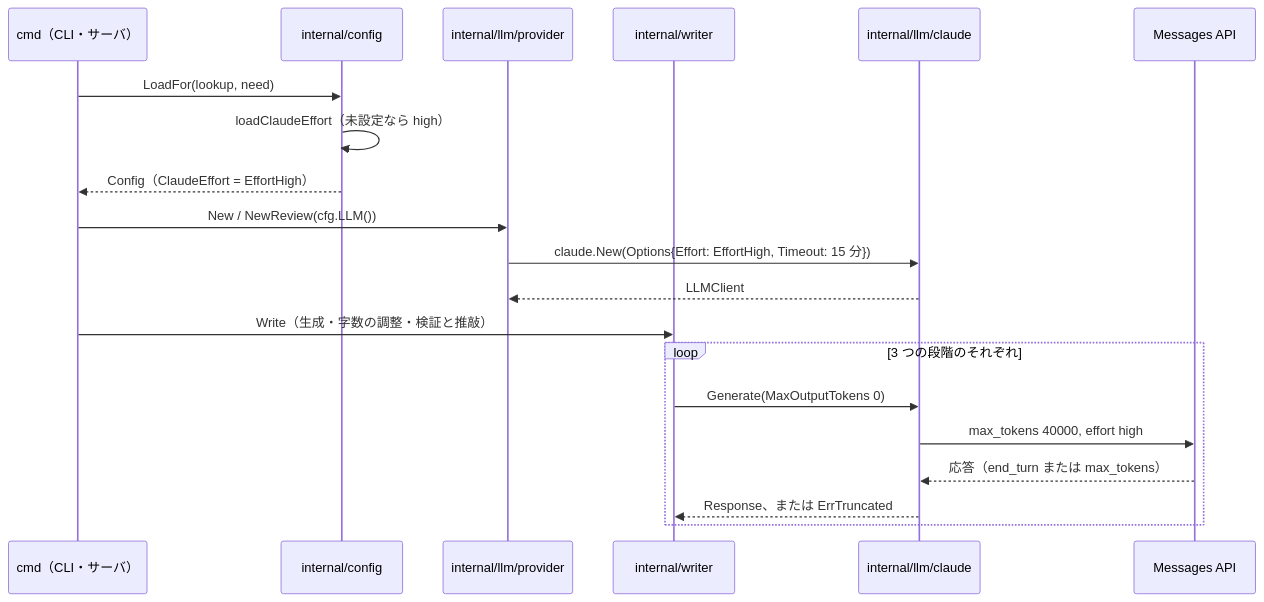
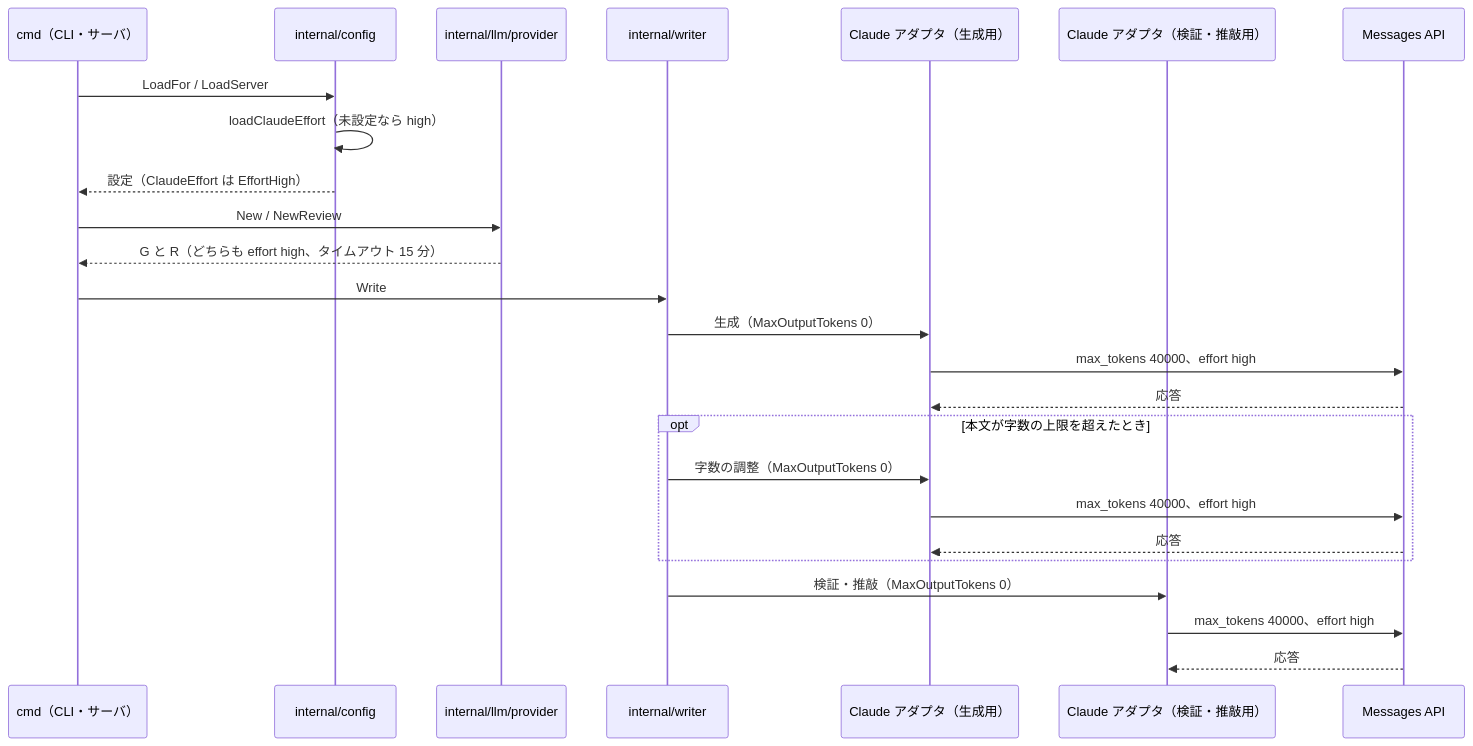
The fifth of 9 diagrams in docs/tasks/0041_claude_effort_max_tokens/02_architecture.md (isseis/yt2column), drawn with Mermaid before and after one commit. The commit also changed other lines of this file, not shown here.

First line of the commit message:
docs(0041): address the architecture panel review

````diff
--- a/docs/tasks/0041_claude_effort_max_tokens/02_architecture.md
+++ b/docs/tasks/0041_claude_effort_max_tokens/02_architecture.md
@@ -182,23 +202,28 @@
 ```mermaid
 sequenceDiagram
     participant M as cmd（CLI・サーバ）
     participant C as internal/config
     participant P as internal/llm/provider
     participant W as internal/writer
-    participant A as internal/llm/claude
+    participant G as Claude アダプタ（生成用）
+    participant R as Claude アダプタ（検証・推敲用）
     participant API as Messages API
 
-    M->>C: LoadFor(lookup, need)
+    M->>C: LoadFor / LoadServer
     C->>C: loadClaudeEffort（未設定なら high）
-    C-->>M: Config（ClaudeEffort = EffortHigh）
-    M->>P: New / NewReview(cfg.LLM())
-    P->>A: claude.New(Options{Effort: EffortHigh, Timeout: 15 分})
-    A-->>P: LLMClient
-    M->>W: Write（生成・字数の調整・検証と推敲）
-    loop 3 つの段階のそれぞれ
-        W->>A: Generate(MaxOutputTokens 0)
-        A->>API: max_tokens 40000, effort high
-        API-->>A: 応答（end_turn または max_tokens）
-        A-->>W: Response、または ErrTruncated
+    C-->>M: 設定（ClaudeEffort は EffortHigh）
+    M->>P: New / NewReview
+    P-->>M: G と R（どちらも effort high、タイムアウト 15 分）
+    M->>W: Write
+    W->>G: 生成（MaxOutputTokens 0）
+    G->>API: max_tokens 40000、effort high
+    API-->>G: 応答
+    opt 本文が字数の上限を超えたとき
+        W->>G: 字数の調整（MaxOutputTokens 0）
+        G->>API: max_tokens 40000、effort high
+        API-->>G: 応答
     end
+    W->>R: 検証・推敲（MaxOutputTokens 0）
+    R->>API: max_tokens 40000、effort high
+    API-->>R: 応答
 ```
````
